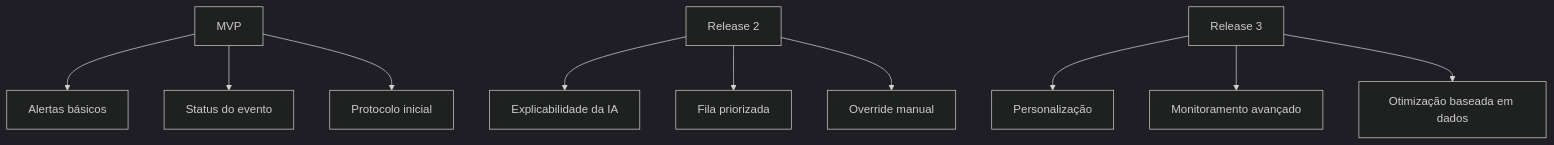
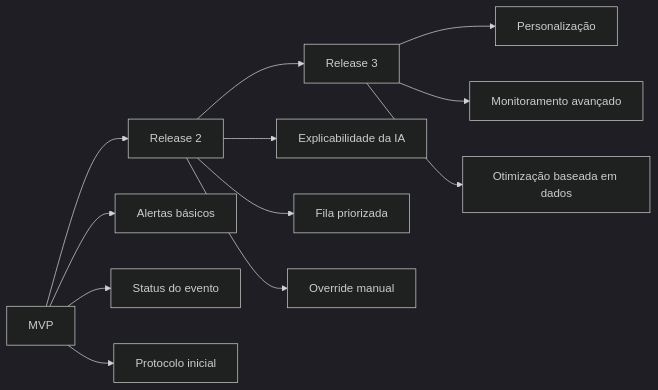
The ninth of 17 diagrams in portfolio.md (sanfergio/at-ux-infnet), drawn with Mermaid (dark theme) before and after one commit. The commit also changed other lines of this file, not shown here.

````diff
--- a/portfolio.md
+++ b/portfolio.md
@@ -295,18 +347,22 @@
 ```mermaid
-flowchart TD
+flowchart LR
     A["MVP"]
     B["Release 2"]
     C["Release 3"]
 
     A --> A1["Alertas básicos"]
     A --> A2["Status do evento"]
     A --> A3["Protocolo inicial"]
 
+    A --> B
+
     B --> B1["Explicabilidade da IA"]
     B --> B2["Fila priorizada"]
     B --> B3["Override manual"]
+
+    B --> C
 
     C --> C1["Personalização"]
     C --> C2["Monitoramento avançado"]
     C --> C3["Otimização baseada em dados"]
 ```
````
